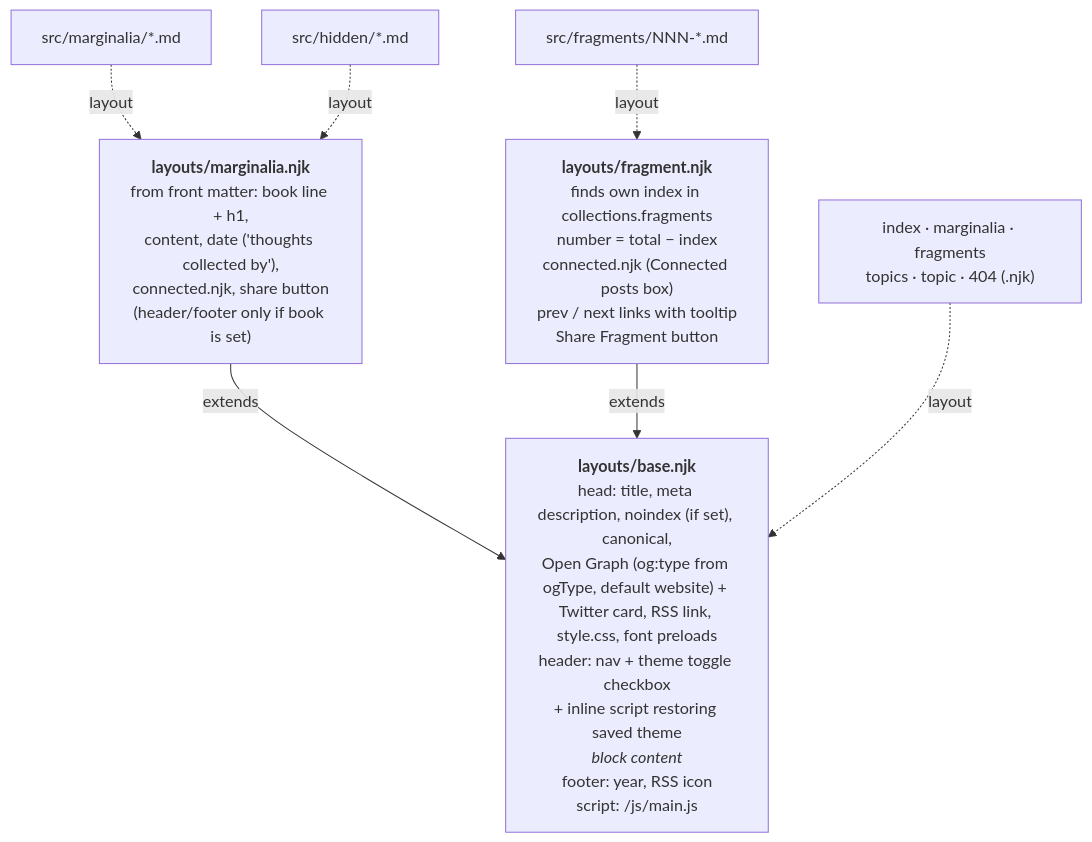
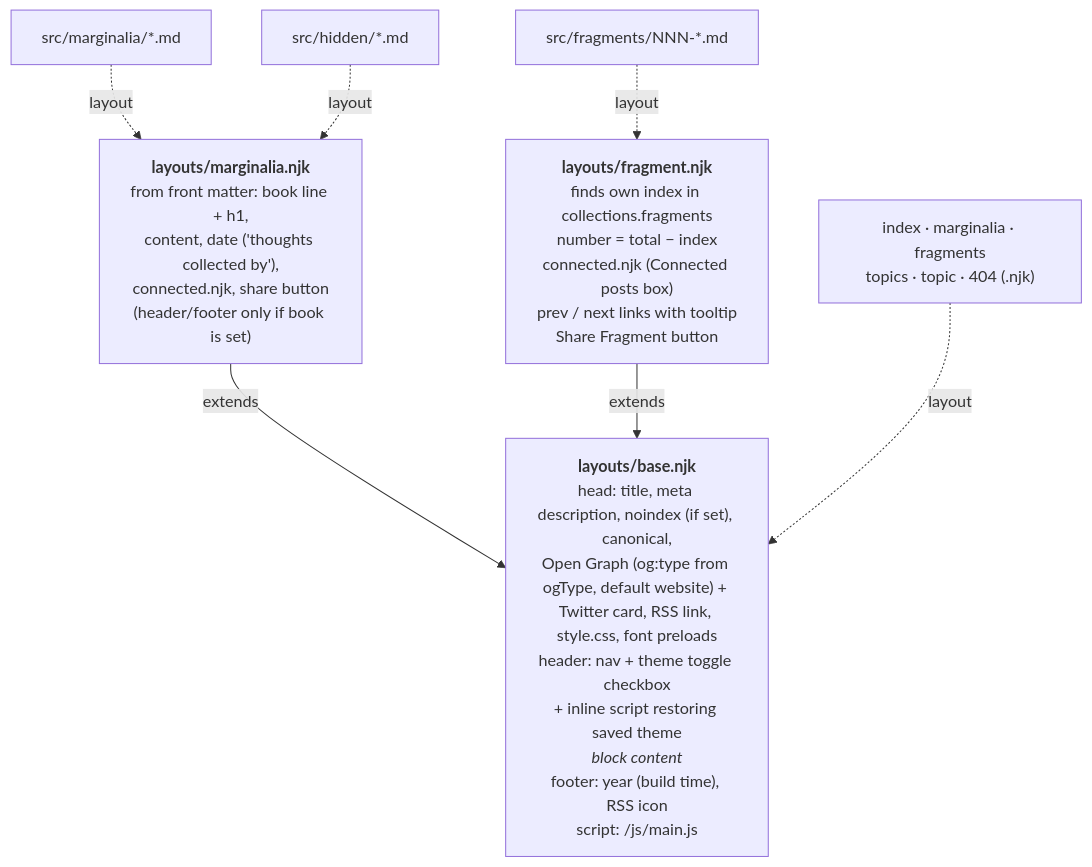
Before and after one commit to raoul-g/raoulyy-blog: the fifth of 9 diagrams in ARCHITECTURE.md, drawn with Mermaid. The commit also changed other lines of this file and 4 other files, not shown here.

First line of the commit message:
small HTML fixes: valid nav list, build-time year, dark theme-color

````diff
--- a/ARCHITECTURE.md
+++ b/ARCHITECTURE.md
@@ -157,14 +157,14 @@
 ```mermaid
 flowchart TB
-    BASE["<b>layouts/base.njk</b><br/>head: title, meta description, noindex (if set), canonical,<br/>Open Graph (og:type from ogType, default website) + Twitter card, RSS link, style.css, font preloads<br/>header: nav + theme toggle checkbox<br/>+ inline script restoring saved theme<br/><i>block content</i><br/>footer: year, RSS icon<br/>script: /js/main.js"]
+    BASE["<b>layouts/base.njk</b><br/>head: title, meta description, noindex (if set), canonical,<br/>Open Graph (og:type from ogType, default website) + Twitter card, RSS link, style.css, font preloads<br/>header: nav + theme toggle checkbox<br/>+ inline script restoring saved theme<br/><i>block content</i><br/>footer: year (build time), RSS icon<br/>script: /js/main.js"]
     MARG["<b>layouts/marginalia.njk</b><br/>from front matter: book line + h1,<br/>content, date ('thoughts collected by'),<br/>connected.njk, share button<br/>(header/footer only if book is set)"]
     FRAG["<b>layouts/fragment.njk</b><br/>finds own index in collections.fragments<br/>number = total − index<br/>connected.njk (Connected posts box)<br/>prev / next links with tooltip<br/>Share Fragment button"]
 
     MARG -- extends --> BASE
     FRAG -- extends --> BASE
 
     MP["src/marginalia/*.md"] -. layout .-> MARG
     HP["src/hidden/*.md"] -. layout .-> MARG
     FP["src/fragments/NNN-*.md"] -. layout .-> FRAG
     PAGES["index · marginalia · fragments<br/>topics · topic · 404 (.njk)"] -. layout .-> BASE
 ```
````
